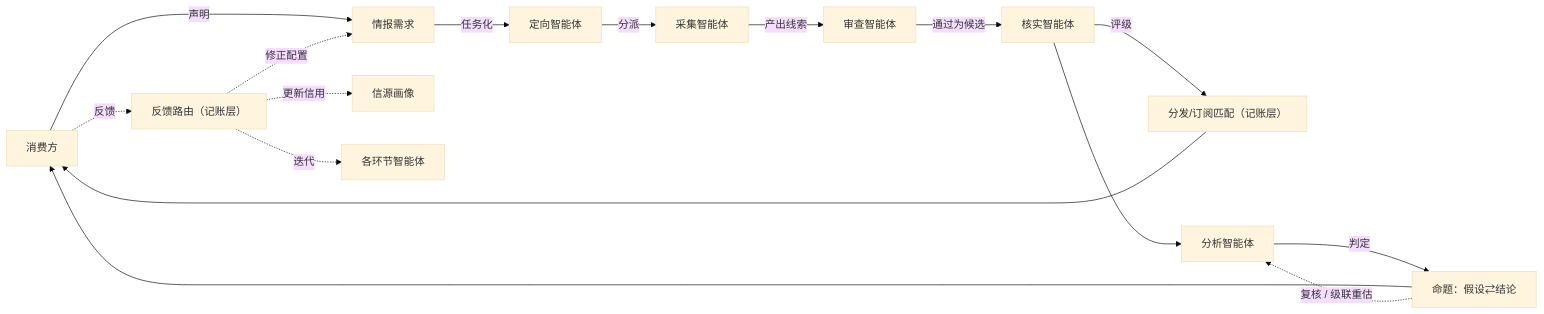
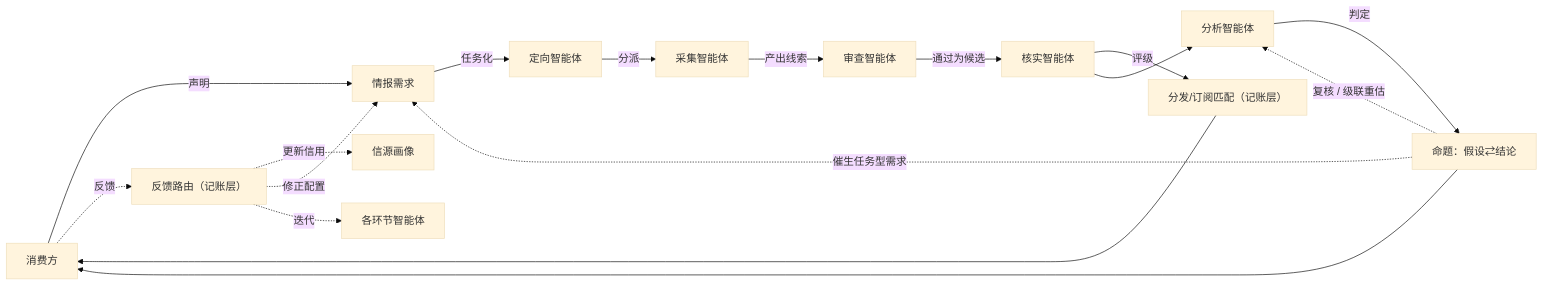
Before and after one commit to leoricmaster/iih: the first of 5 diagrams in backlog/docs/doc-02 - 领域模型-Domain-Model.md, drawn with Mermaid (base theme). The commit also changed other lines of this file and 8 other files, not shown here.

````diff
--- a/backlog/docs/doc-02 - 领域模型-Domain-Model.md
+++ b/backlog/docs/doc-02 - 领域模型-Domain-Model.md
@@ -20,18 +20,19 @@
 ```mermaid
 flowchart LR
     C[消费方] -->|声明| R[情报需求]
     R -->|任务化| D[定向智能体]
     D -->|分派| CO[采集智能体]
     CO -->|产出线索| RV[审查智能体]
     RV -->|通过为候选| VF[核实智能体]
     VF -->|评级| DS[分发/订阅匹配（记账层）]
     DS --> C
     VF --> AN[分析智能体]
     AN -->|判定| CL[命题：假设⇄结论]
     CL --> C
+    CL -.->|催生任务型需求| R
     CL -.->|复核 / 级联重估| AN
     C -.->|反馈| FB[反馈路由（记账层）]
     FB -.->|更新信用| SP[信源画像]
     FB -.->|修正配置| R
     FB -.->|迭代| AG[各环节智能体]
 ```
````
